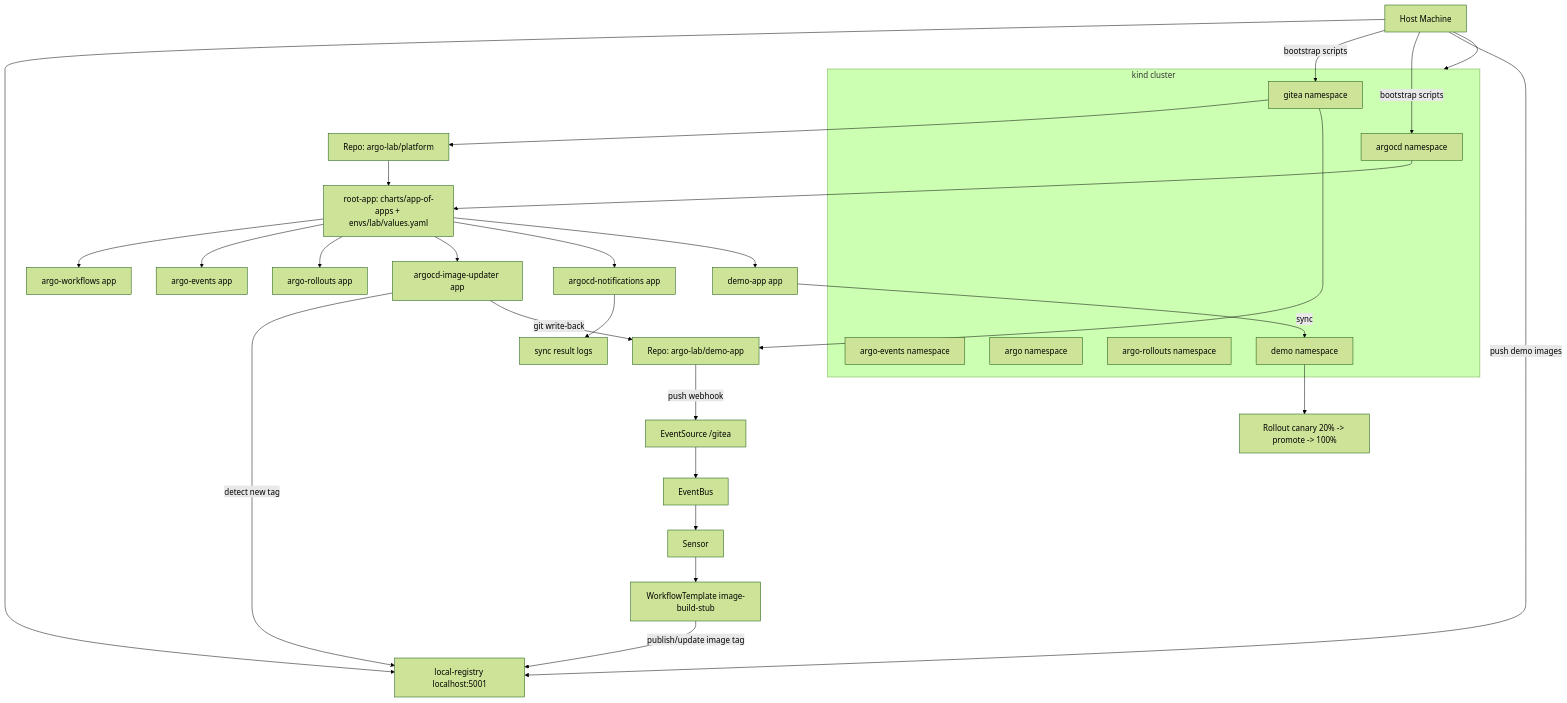
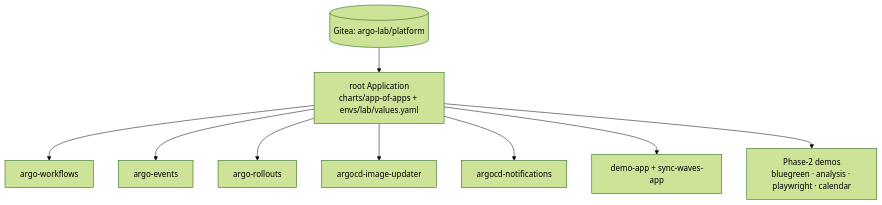
Before and after one commit to hortonew/kind-argo-lab: the second of 7 diagrams in README.md, drawn with Mermaid (forest theme). The commit also changed other lines of this file and 20 other files, not shown here.

Commit message:
Add bluegreen, analysis, calendar, playwright e2e demos with browseable minio reports

````diff
--- a/README.md
+++ b/README.md
@@ -19,42 +46,11 @@
 ```mermaid
 flowchart TD
-  A[Host Machine] --> B[kind cluster argo-lab]
-  A --> C[local-registry localhost:5001]
-
-  subgraph B[kind cluster]
-    D[gitea namespace]
-    E[argocd namespace]
-    F[argo-events namespace]
-    G[argo namespace]
-    H[argo-rollouts namespace]
-    I[demo namespace]
-  end
-
-  A -->|bootstrap scripts| D
-  A -->|bootstrap scripts| E
-  A -->|push demo images| C
-
-  D --> J[Repo: argo-lab/platform]
-  D --> K[Repo: argo-lab/demo-app]
-
-  E --> L[root-app: charts/app-of-apps + envs/lab/values.yaml]
-  J --> L
-  L --> M[argo-workflows app]
-  L --> N[argo-events app]
-  L --> O[argo-rollouts app]
-  L --> P[argocd-image-updater app]
-  L --> Q[argocd-notifications app]
-  L --> R[demo-app app]
-
-  K -->|push webhook| S[EventSource /gitea]
-  S --> T[EventBus]
-  T --> U[Sensor]
-  U --> V[WorkflowTemplate image-build-stub]
-  V -->|publish/update image tag| C
-
-  P -->|detect new tag| C
-  P -->|git write-back| K
-  R -->|sync| I
-  I --> W[Rollout canary 20% -> promote -> 100%]
-  Q --> X[sync result logs]
+  GITEA[(Gitea: argo-lab/platform)] --> ROOT[root Application<br/>charts/app-of-apps + envs/lab/values.yaml]
+  ROOT --> WF[argo-workflows]
+  ROOT --> EV[argo-events]
+  ROOT --> RO[argo-rollouts]
+  ROOT --> IU[argocd-image-updater]
+  ROOT --> NO[argocd-notifications]
+  ROOT --> APP[demo-app + sync-waves-app]
+  ROOT --> DEMOS[Phase-2 demos<br/>bluegreen · analysis · playwright · calendar]
 ```
````
